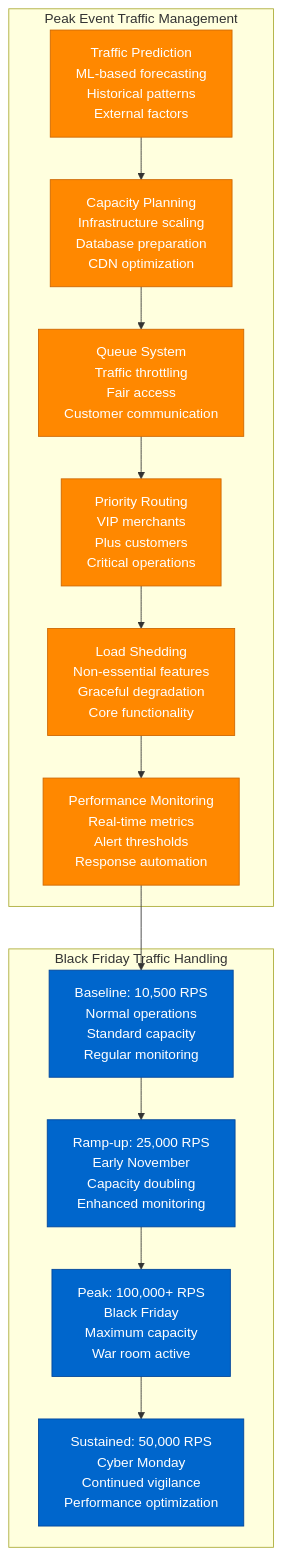
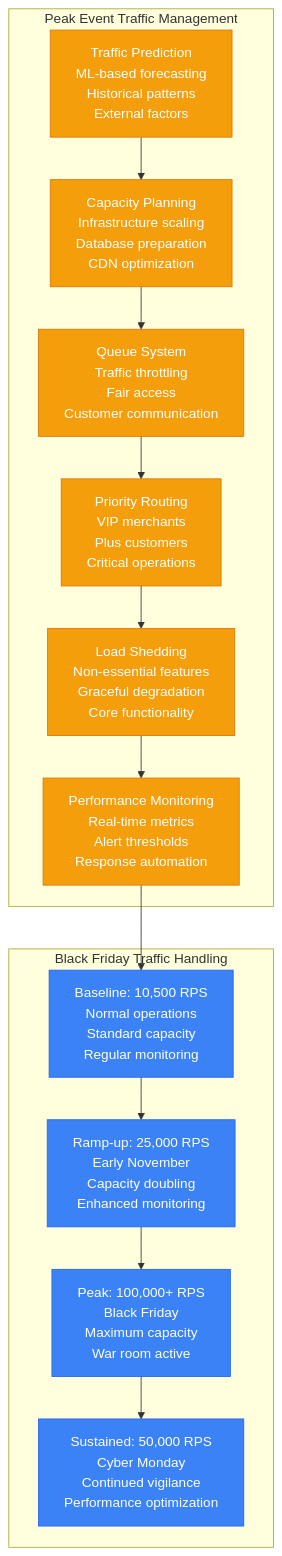
The fifth of 9 diagrams in site/docs/systems/shopify/production-operations.md (deepaucksharma/DS), drawn with Mermaid before and after one commit. The commit also changed other lines of this file and 303 other files, not shown here.

````diff
--- a/site/docs/systems/shopify/production-operations.md
+++ b/site/docs/systems/shopify/production-operations.md
@@ -262,45 +262,45 @@
 ```mermaid
 graph TB
     subgraph "Peak Event Traffic Management"
         TRAFFIC_PREDICTION[Traffic Prediction<br/>ML-based forecasting<br/>Historical patterns<br/>External factors]
 
         CAPACITY_PLANNING[Capacity Planning<br/>Infrastructure scaling<br/>Database preparation<br/>CDN optimization]
 
         QUEUE_SYSTEM[Queue System<br/>Traffic throttling<br/>Fair access<br/>Customer communication]
 
         PRIORITY_ROUTING[Priority Routing<br/>VIP merchants<br/>Plus customers<br/>Critical operations]
 
         LOAD_SHEDDING[Load Shedding<br/>Non-essential features<br/>Graceful degradation<br/>Core functionality]
 
         PERFORMANCE_MONITORING[Performance Monitoring<br/>Real-time metrics<br/>Alert thresholds<br/>Response automation]
     end
 
     %% Traffic management flow
     TRAFFIC_PREDICTION --> CAPACITY_PLANNING
     CAPACITY_PLANNING --> QUEUE_SYSTEM
     QUEUE_SYSTEM --> PRIORITY_ROUTING
     PRIORITY_ROUTING --> LOAD_SHEDDING
     LOAD_SHEDDING --> PERFORMANCE_MONITORING
 
     subgraph "Black Friday Traffic Handling"
         BASELINE_10K[Baseline: 10,500 RPS<br/>Normal operations<br/>Standard capacity<br/>Regular monitoring]
 
         RAMPUP_25K[Ramp-up: 25,000 RPS<br/>Early November<br/>Capacity doubling<br/>Enhanced monitoring]
 
         PEAK_100K[Peak: 100,000+ RPS<br/>Black Friday<br/>Maximum capacity<br/>War room active]
 
         SUSTAINED_50K[Sustained: 50,000 RPS<br/>Cyber Monday<br/>Continued vigilance<br/>Performance optimization]
     end
 
     PERFORMANCE_MONITORING --> BASELINE_10K
     BASELINE_10K --> RAMPUP_25K
     RAMPUP_25K --> PEAK_100K
     PEAK_100K --> SUSTAINED_50K
 
     %% Apply traffic colors
-    classDef managementStyle fill:#FF8800,stroke:#CC6600,color:#fff
-    classDef trafficStyle fill:#0066CC,stroke:#004499,color:#fff
+    classDef managementStyle fill:#F59E0B,stroke:#D97706,color:#fff
+    classDef trafficStyle fill:#3B82F6,stroke:#2563EB,color:#fff
 
     class TRAFFIC_PREDICTION,CAPACITY_PLANNING,QUEUE_SYSTEM,PRIORITY_ROUTING,LOAD_SHEDDING,PERFORMANCE_MONITORING managementStyle
     class BASELINE_10K,RAMPUP_25K,PEAK_100K,SUSTAINED_50K trafficStyle
 ```
````
